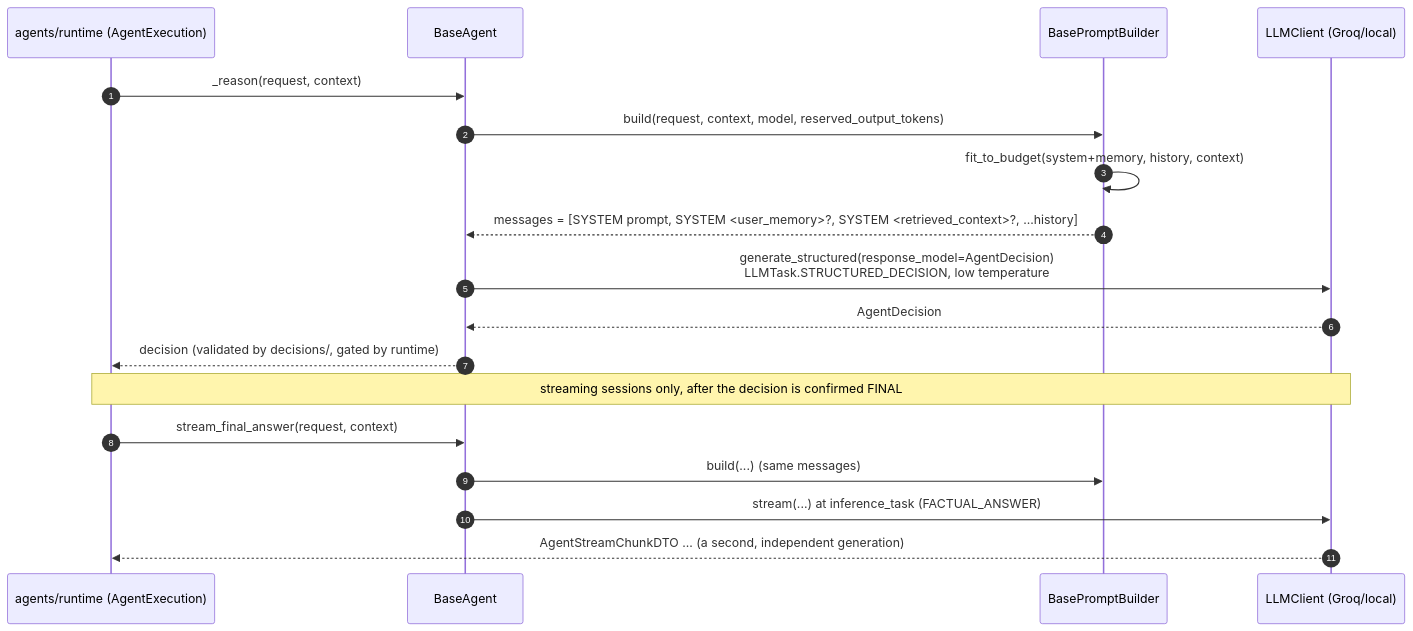
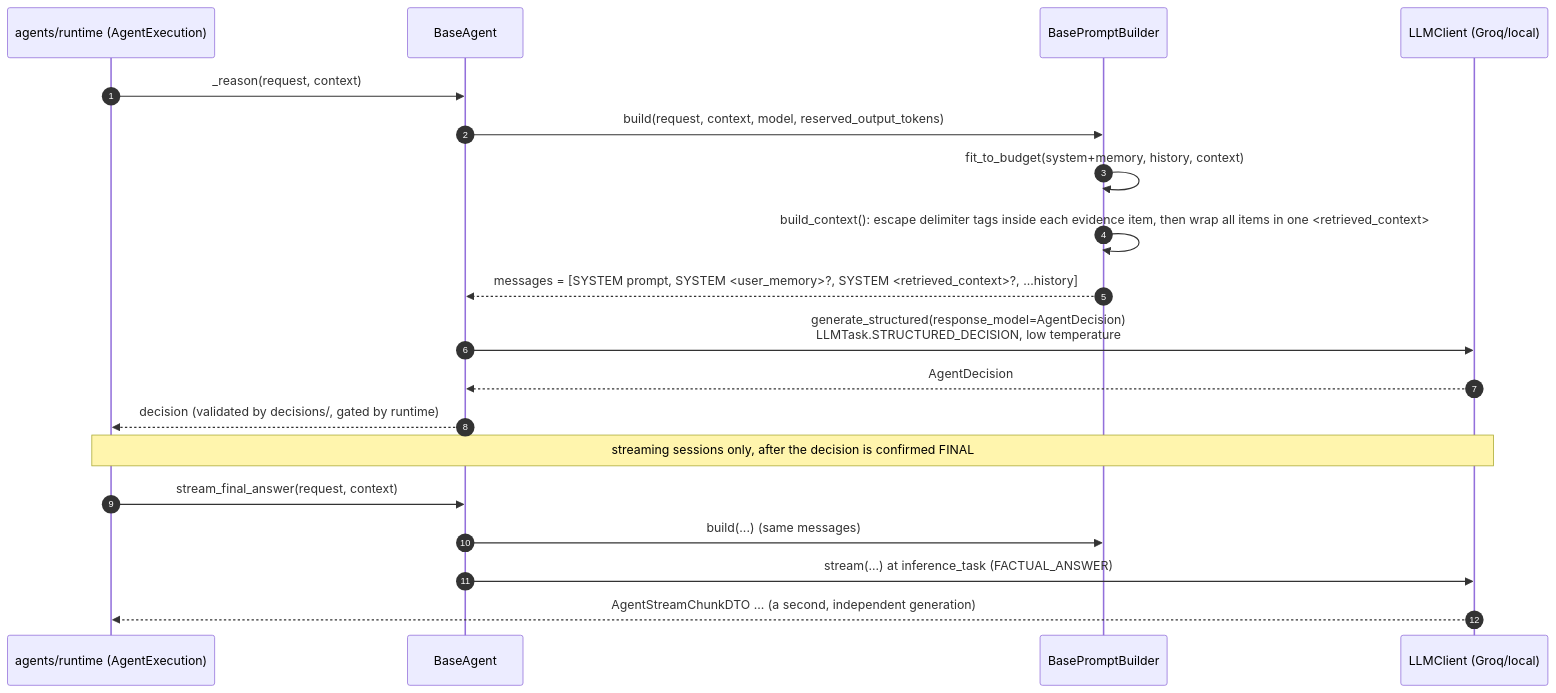
Before and after one commit to bharatkse/juris-ai: the diagram in server/src/agentic/agents/README.md, drawn with Mermaid. The commit also changed other lines of this file and 33 other files, not shown here.

````diff
--- a/server/src/agentic/agents/README.md
+++ b/server/src/agentic/agents/README.md
@@ -28,22 +28,23 @@
 ```mermaid
 sequenceDiagram
     autonumber
     participant RT as agents/runtime (AgentExecution)
     participant A as BaseAgent
     participant PB as BasePromptBuilder
     participant LLM as LLMClient (Groq/local)
 
     RT->>A: _reason(request, context)
     A->>PB: build(request, context, model, reserved_output_tokens)
     PB->>PB: fit_to_budget(system+memory, history, context)
+    PB->>PB: build_context(): escape delimiter tags inside each evidence item, then wrap all items in one <retrieved_context>
     PB-->>A: messages = [SYSTEM prompt, SYSTEM <user_memory>?, SYSTEM <retrieved_context>?, ...history]
     A->>LLM: generate_structured(response_model=AgentDecision)<br/>LLMTask.STRUCTURED_DECISION, low temperature
     LLM-->>A: AgentDecision
     A-->>RT: decision (validated by decisions/, gated by runtime)
 
     Note over RT,LLM: streaming sessions only, after the decision is confirmed FINAL
     RT->>A: stream_final_answer(request, context)
     A->>PB: build(...) (same messages)
     A->>LLM: stream(...) at inference_task (FACTUAL_ANSWER)
     LLM-->>RT: AgentStreamChunkDTO ... (a second, independent generation)
 ```
````
